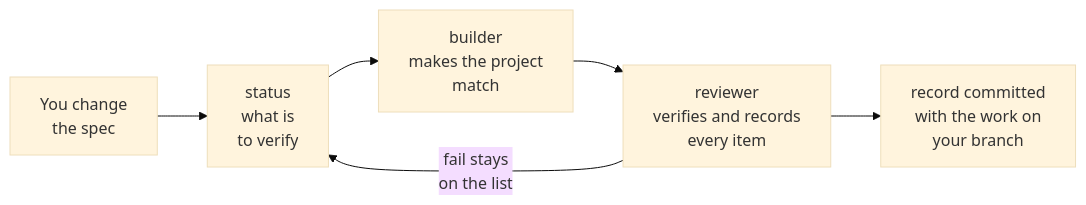
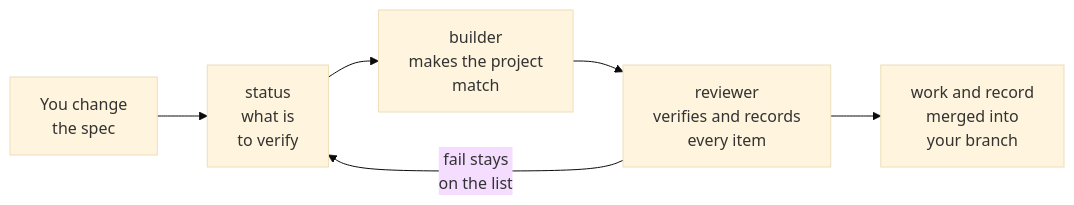
The diagram in README.md (Glacius-Labs/Markitect), drawn with Mermaid (base theme) before and after one commit. The commit also changed other lines of this file and 50 other files, not shown here.

````diff
--- a/README.md
+++ b/README.md
@@ -52,8 +53,8 @@
 ```mermaid
 flowchart LR
     Spec["You change<br/>the spec"] --> Status["status<br/>what is<br/>to verify"]
     Status --> Build["builder<br/>makes the project<br/>match"]
     Build --> Review["reviewer<br/>verifies and records<br/>every item"]
     Review -->|"fail stays<br/>on the list"| Status
-    Review --> Land["record committed<br/>with the work on<br/>your branch"]
+    Review --> Land["work and record<br/>merged into<br/>your branch"]
 ```
````
